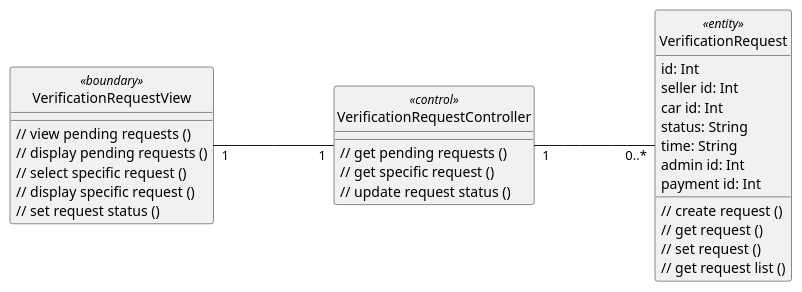
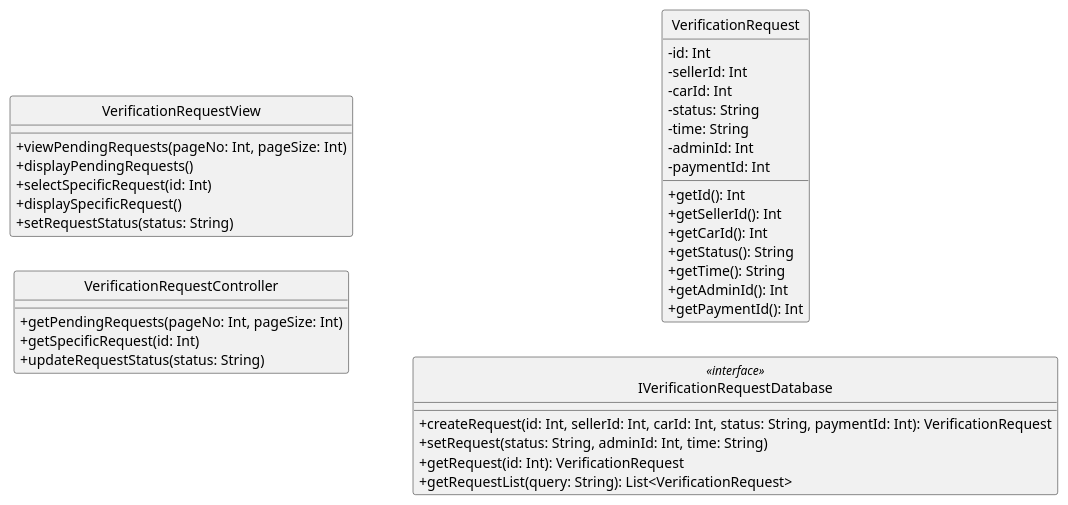
One commit to anhbanlinhle/velocity-exchange changed the diagram in uml/design/class/linh/approve_car_for_auction.puml. Above: the diagram before and after it, drawn with PlantUML.

Commit message:
doc[lynn]: design vopc no. 19

```diff
--- a/uml/design/class/linh/approve_car_for_auction.puml
+++ b/uml/design/class/linh/approve_car_for_auction.puml
@@ -1,42 +1,48 @@
 @startuml 
 left to right direction
 skinparam classAttributeIconSize 0
 skinparam linetype ortho
 hide circle
-class VerificationRequestView <<boundary>> {
-    // view pending requests ()
-    // display pending requests ()
-    // select specific request ()
-    // display specific request ()
-    // set request status ()
+class VerificationRequestView {
+    + viewPendingRequests(pageNo: Int, pageSize: Int)
+    + displayPendingRequests()
+    + selectSpecificRequest(id: Int)
+    + displaySpecificRequest()
+    + setRequestStatus(status: String)
 
     }
 
-class VerificationRequestController <<control>> {
-    // get pending requests ()
-    // get specific request ()
-    // update request status ()
+class VerificationRequestController  {
+    + getPendingRequests(pageNo: Int, pageSize: Int)
+    + getSpecificRequest(id: Int)
+    + updateRequestStatus(status: String)
 
     }
 
-class VerificationRequest <<entity>> {
-    id: Int
-    seller id: Int
-    car id: Int
-    status: String
-    time: String
-    admin id: Int
-    payment id: Int
-    // create request ()
-    // get request ()
-    // set request ()
-    // get request list ()
+class VerificationRequest {
+    - id: Int
+    - sellerId: Int
+    - carId: Int
+    - status: String
+    - time: String
+    - adminId: Int
+    - paymentId: Int
+    + getId(): Int
+    + getSellerId(): Int
+    + getCarId(): Int
+    + getStatus(): String
+    + getTime(): String
+    + getAdminId(): Int
+    + getPaymentId(): Int
+    }
+
+class IVerificationRequestDatabase <<interface>> {
+    + createRequest(id: Int, sellerId: Int, carId: Int, status: String, paymentId: Int): VerificationRequest
+    + setRequest(status: String, adminId: Int, time: String)
+    + getRequest(id: Int): VerificationRequest
+    + getRequestList(query: String): List<VerificationRequest>
     }
 
 
-VerificationRequestView "1" --- "1" VerificationRequestController
-
-VerificationRequestController "1" --- "0..*" VerificationRequest
-
 
 @enduml
```
